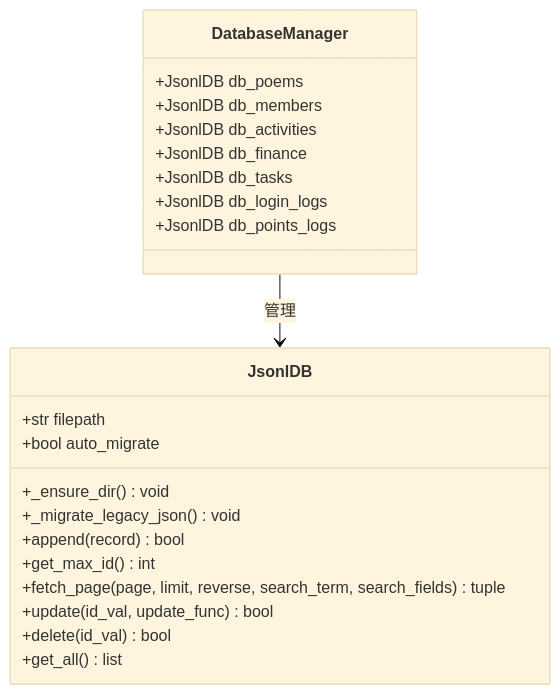
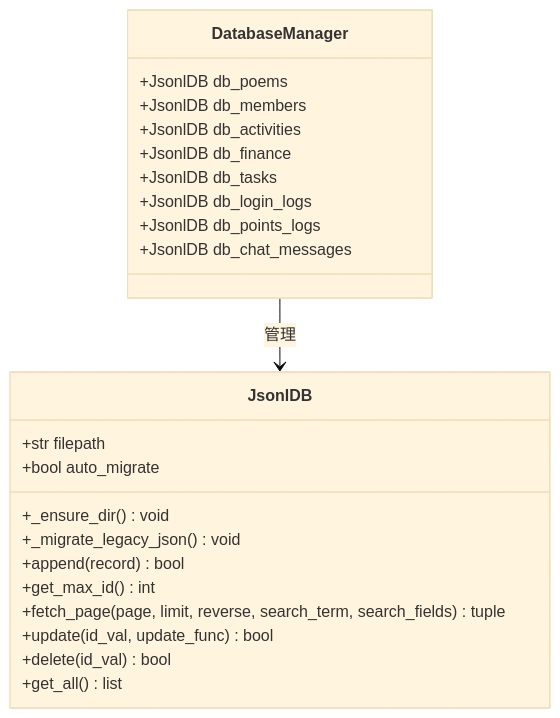
One commit to qq20739111/weilushishe-lishitai changed the ninth of 16 diagrams in .qoder/repowiki/zh/content/数据管理/数据模型设计/系统配置模型.md. Above: the diagram before and after it, drawn with Mermaid (base theme). The commit also changed other lines of this file and 23 other files, not shown here.

````diff
--- a/.qoder/repowiki/zh/content/数据管理/数据模型设计/系统配置模型.md
+++ b/.qoder/repowiki/zh/content/数据管理/数据模型设计/系统配置模型.md
@@ -417,25 +456,26 @@
 ```mermaid
 classDiagram
 class JsonlDB {
 +str filepath
 +bool auto_migrate
 +_ensure_dir() void
 +_migrate_legacy_json() void
 +append(record) bool
 +get_max_id() int
 +fetch_page(page, limit, reverse, search_term, search_fields) tuple
 +update(id_val, update_func) bool
 +delete(id_val) bool
 +get_all() list
 }
 class DatabaseManager {
 +JsonlDB db_poems
 +JsonlDB db_members
 +JsonlDB db_activities
 +JsonlDB db_finance
 +JsonlDB db_tasks
 +JsonlDB db_login_logs
 +JsonlDB db_points_logs
++JsonlDB db_chat_messages
 }
 DatabaseManager --> JsonlDB : 管理
 ```
````
